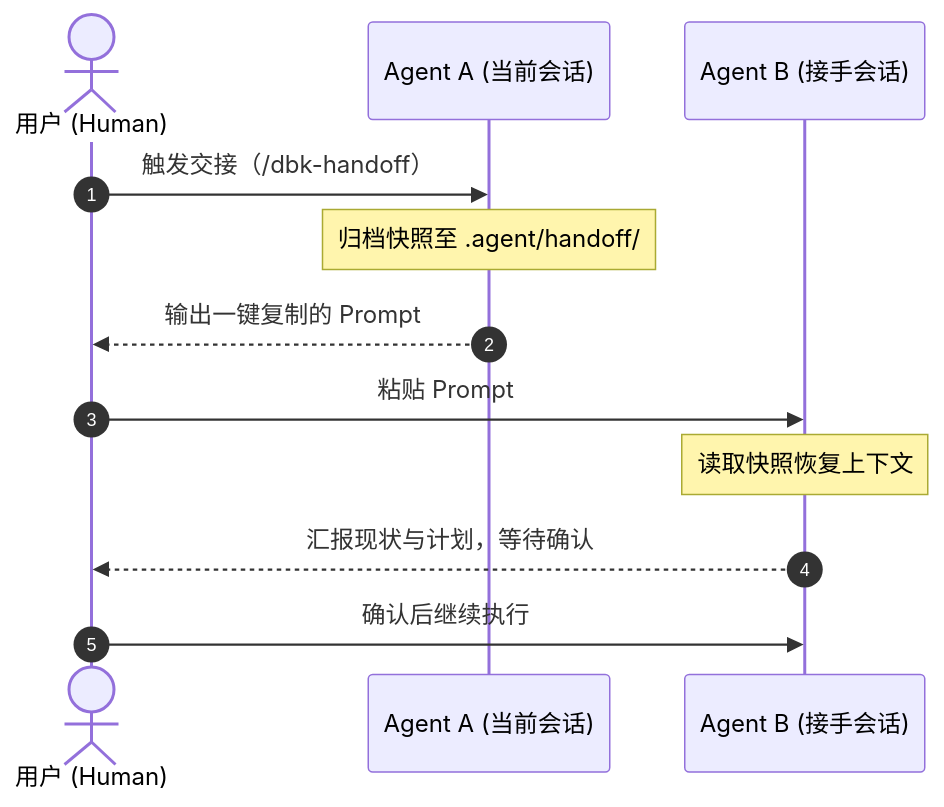
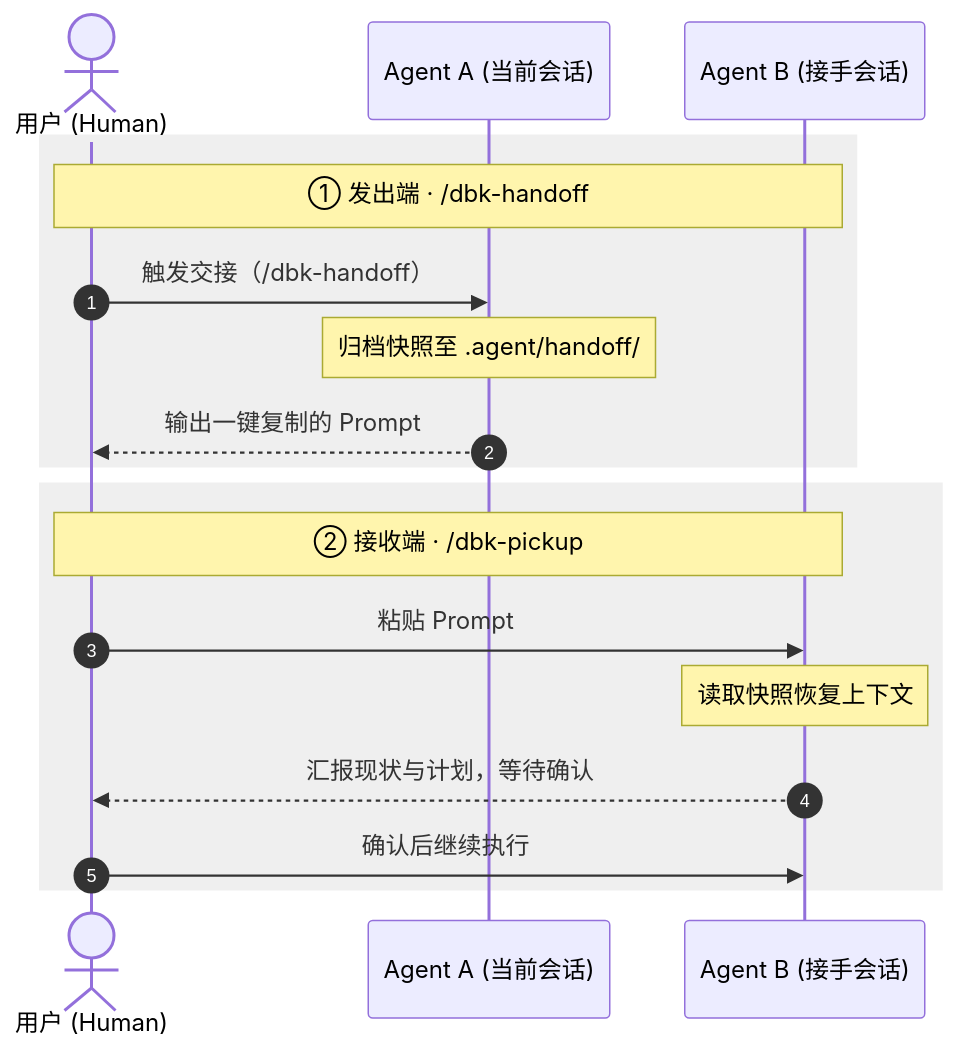
Before and after one commit to DBinK/dbk-handoff: the diagram in README.md, drawn with Mermaid. The commit also changed other lines of this file, not shown here.

````diff
--- a/README.md
+++ b/README.md
@@ -18,15 +20,22 @@
 ```mermaid
 sequenceDiagram
     autonumber
     actor User as 用户 (Human)
     participant AgentA as Agent A (当前会话)
     participant AgentB as Agent B (接手会话)
 
-    User->>AgentA: 触发交接（/dbk-handoff）
-    Note over AgentA: 归档快照至 .agent/handoff/
-    AgentA-->>User: 输出一键复制的 Prompt
-    User->>AgentB: 粘贴 Prompt
-    Note over AgentB: 读取快照恢复上下文
-    AgentB-->>User: 汇报现状与计划，等待确认
-    User->>AgentB: 确认后继续执行
+    rect rgba(127, 127, 127, 0.12)
+        Note over User,AgentB: ① 发出端 · /dbk-handoff
+        User->>AgentA: 触发交接（/dbk-handoff）
+        Note over AgentA: 归档快照至 .agent/handoff/
+        AgentA-->>User: 输出一键复制的 Prompt
+    end
+
+    rect rgba(127, 127, 127, 0.12)
+        Note over User,AgentB: ② 接收端 · /dbk-pickup
+        User->>AgentB: 粘贴 Prompt
+        Note over AgentB: 读取快照恢复上下文
+        AgentB-->>User: 汇报现状与计划，等待确认
+        User->>AgentB: 确认后继续执行
+    end
 ```
````
